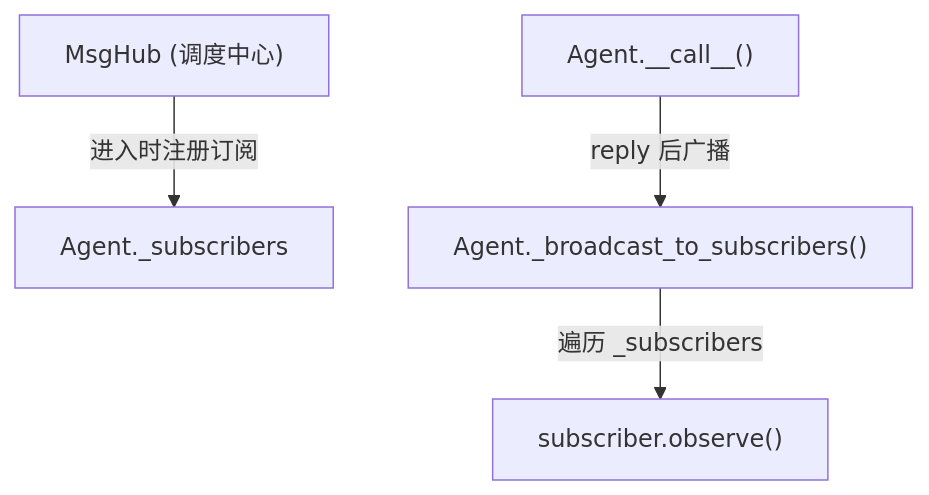
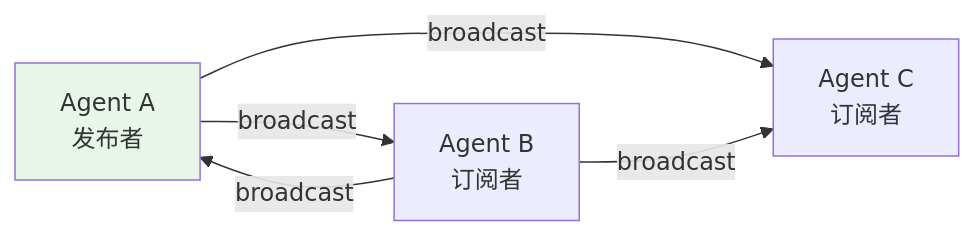
One commit to agentscope-ai/agentscope changed the diagram in teaching/book/volume-2-patterns/ch19-pubsub.md. Above: the diagram before and after it, drawn with Mermaid. The commit also changed other lines of this file and 3 other files, not shown here.

First line of the commit message:
docs: write ch17-ch20 - schema factory, middleware, pubsub, observability

````diff
--- a/teaching/book/volume-2-patterns/ch19-pubsub.md
+++ b/teaching/book/volume-2-patterns/ch19-pubsub.md
@@ -33,6 +37,9 @@
 ```mermaid
-flowchart TD
-    A["MsgHub (调度中心)"] -->|"进入时注册订阅"| B["Agent._subscribers"]
-    C["Agent.__call__()"] -->|"reply 后广播"| D["Agent._broadcast_to_subscribers()"]
-    D -->|"遍历 _subscribers"| E["subscriber.observe()"]
+graph LR
+    A["Agent A<br/>发布者"] -->|"broadcast"| B["Agent B<br/>订阅者"]
+    A -->|"broadcast"| C["Agent C<br/>订阅者"]
+    B -->|"broadcast"| A
+    B -->|"broadcast"| C
+
+    style A fill:#e8f5e9
 ```
````
